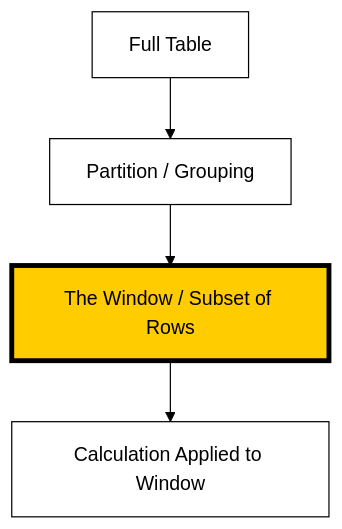
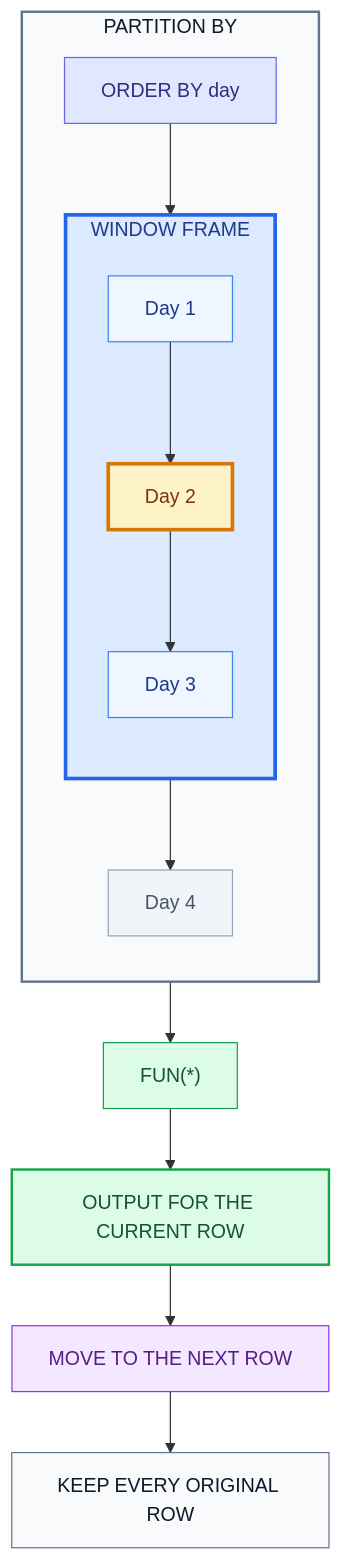
Before and after one commit to inqs909/d300_f26: the first of 2 diagrams in lectures/8a.qmd, drawn with Mermaid. The commit also changed other lines of this file and 9 other files, not shown here.

````diff
--- a/lectures/8a.qmd
+++ b/lectures/8a.qmd
@@ -32,18 +32,46 @@
 ```{mermaid}
-%%| fig-width: 2
+%%| fig-width: 4
 %%| fig-responsive: false
+%%| fig-align: center
 
-graph TD
-    accTitle: Window function calculation
-    accDescr: Rows are partitioned into groups, and a calculation is applied to a window of rows.
+flowchart TB
+    subgraph P["PARTITION BY"]
+        direction TB
 
-    A["Full Table"] --> B["Partition / Grouping"]
-    B --> C["The Window / Subset of Rows"]
-    C --> D["Calculation Applied to Window"]
+        O["ORDER BY day"]
 
-    style A fill:#ffffff,stroke:#000000,color:#000000
-    style B fill:#ffffff,stroke:#000000,color:#000000
-    style C fill:#ffcc00,stroke:#000000,stroke-width:4px,color:#000000
-    style D fill:#ffffff,stroke:#000000,color:#000000
-    linkStyle default stroke:#000000
+        subgraph W["WINDOW FRAME "]
+            direction TB
+            D1["Day 1"]
+            D2["Day 2"]
+            D3["Day 3"]
+
+            D1 --> D2 --> D3
+        end
+
+        D4["Day 4"]
+
+        O --> D1
+        D3 --> D4
+    end
+
+    W --> C["FUN(*)"]
+
+    C --> R["OUTPUT FOR THE CURRENT ROW"]
+
+    R --> M["MOVE TO THE NEXT ROW"]
+
+    M --> K["KEEP EVERY ORIGINAL ROW"]
+
+    style P fill:#f8fafc,stroke:#64748b,stroke-width:2px,color:#0f172a
+    style W fill:#dbeafe,stroke:#2563eb,stroke-width:3px,color:#1e3a8a
+    style O fill:#e0e7ff,stroke:#6366f1,color:#312e81
+    style D1 fill:#eff6ff,stroke:#3b82f6,color:#1e3a8a
+    style D2 fill:#fef3c7,stroke:#d97706,stroke-width:3px,color:#78350f
+    style D3 fill:#eff6ff,stroke:#3b82f6,color:#1e3a8a
+    style D4 fill:#f1f5f9,stroke:#94a3b8,color:#475569
+    style C fill:#dcfce7,stroke:#16a34a,color:#14532d
+    style R fill:#dcfce7,stroke:#16a34a,stroke-width:2px,color:#14532d
+    style M fill:#f3e8ff,stroke:#9333ea,color:#581c87
+    style K fill:#f8fafc,stroke:#64748b,color:#0f172a
 ```
````
